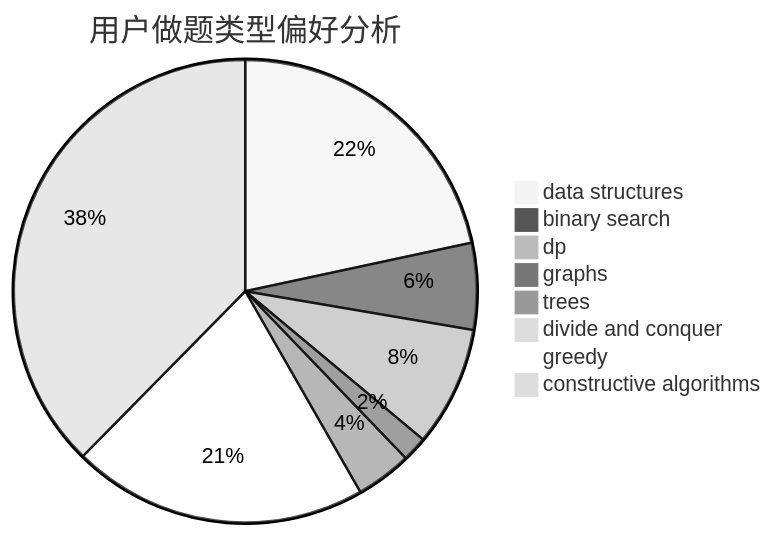
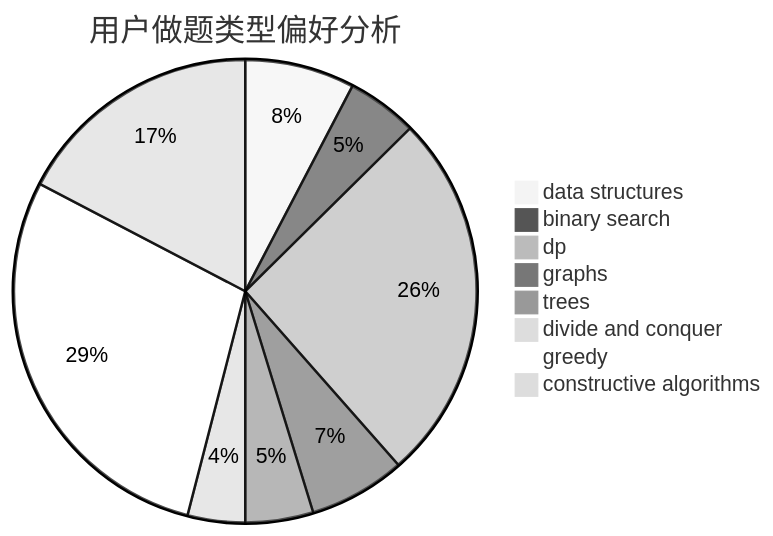
The second of 3 diagrams in docs/user/u1028.md (sherpahu/cfrs.github.io), drawn with Mermaid (neutral theme) before and after one commit. The commit also changed other lines of this file and 2770 other files, not shown here.

````diff
--- a/docs/user/u1028.md
+++ b/docs/user/u1028.md
@@ -23,11 +23,11 @@
 ```mermaid
 pie title 用户做题类型偏好分析
-    "data structures" :  111
-    "binary search" :  31
-    "dp" :  43
-    "graphs" :  9
-    "trees" :  20
-    "divide and conquer" :  0
-    "greedy" :  106
-    "constructive algorithms" :  193
+    "data structures" :  42
+    "binary search" :  27
+    "dp" :  142
+    "graphs" :  37
+    "trees" :  26
+    "divide and conquer" :  22
+    "greedy" :  157
+    "constructive algorithms" :  95
 ```
````
